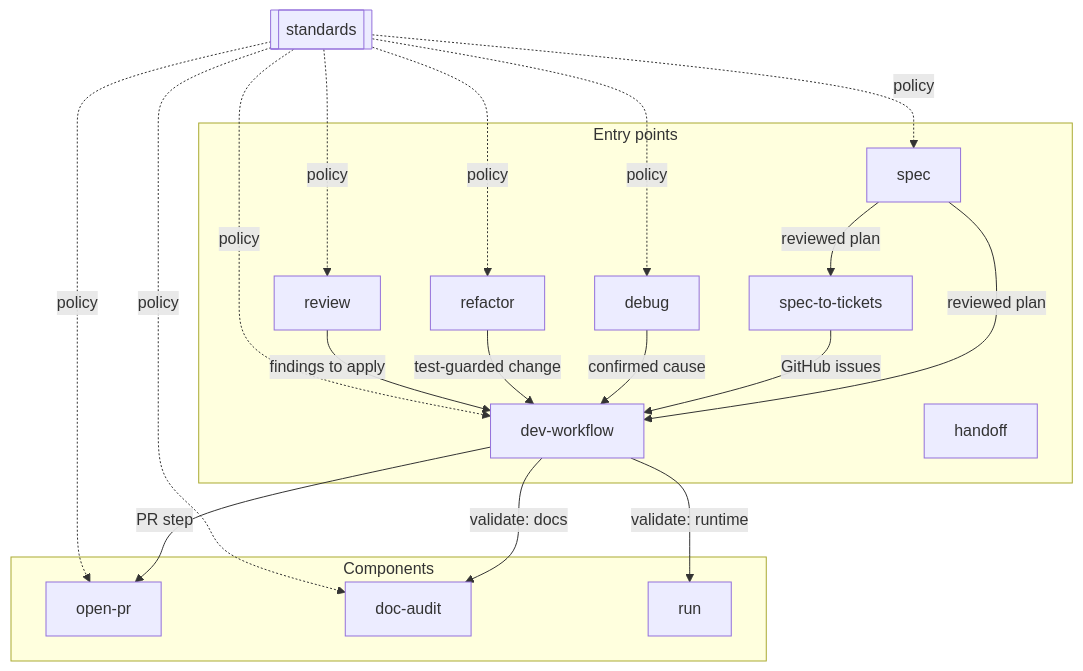
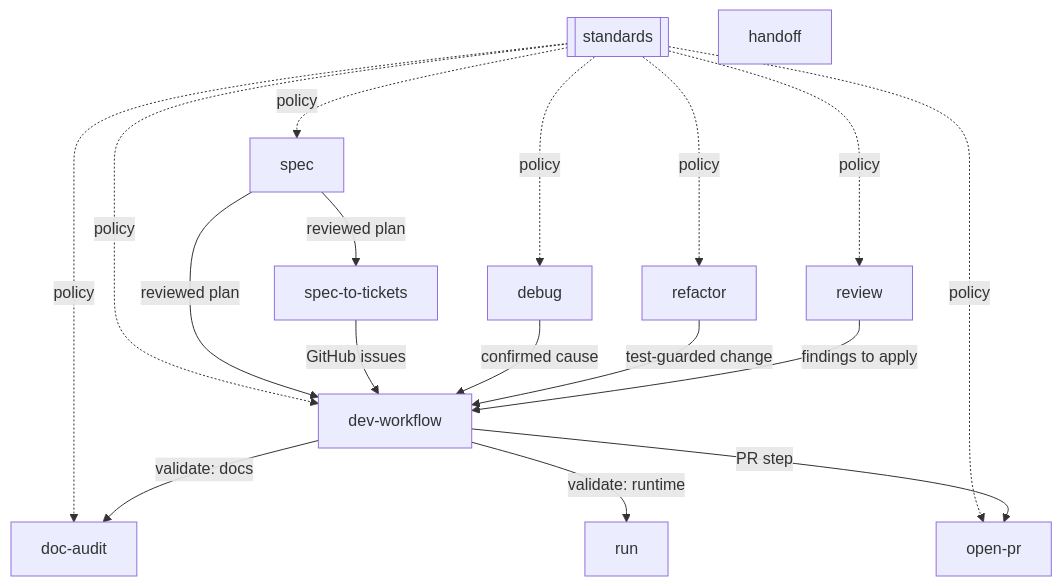
One commit to greerviau/skills changed the diagram in docs/engineering-skill-composition.md. Above: the diagram before and after it, drawn with Mermaid. The commit also changed other lines of this file, not shown here.

Commit message:
docs(composition): restructure the composition graph with the mermaid loop
Dogfoods the new skill on the graph's own diagram: drops the
subgraph boxes the layout checklist condemns and reorders the edges
to a zero-crossing layout. Adds mermaid's own row and composition
rule now that it's a component of the graph it's drawn in.

````diff
--- a/docs/engineering-skill-composition.md
+++ b/docs/engineering-skill-composition.md
@@ -8,39 +8,33 @@
 ```mermaid
 flowchart TD
-    subgraph entry[Entry points]
-        spec[spec]
-        debug[debug]
-        refactor[refactor]
-        devworkflow[dev-workflow]
-        review[review]
-        s2t[spec-to-tickets]
-        handoff[handoff]
-    end
+    standards[[standards]]
+    spec[spec]
+    debug[debug]
+    refactor[refactor]
+    review[review]
+    s2t[spec-to-tickets]
+    devworkflow[dev-workflow]
+    docaudit[doc-audit]
+    run[run]
+    openpr[open-pr]
+    handoff[handoff]
 
-    subgraph components[Components]
-        openpr[open-pr]
-        docaudit[doc-audit]
-        run[run]
-    end
-
-    standards[[standards]]
+    standards -.policy.-> spec
+    standards -.policy.-> debug
+    standards -.policy.-> refactor
+    standards -.policy.-> review
+    standards -.policy.-> devworkflow
+    standards -.policy.-> docaudit
+    standards -.policy.-> openpr
 
     spec -->|reviewed plan| s2t
     spec -->|reviewed plan| devworkflow
     s2t -->|GitHub issues| devworkflow
     debug -->|confirmed cause| devworkflow
     refactor -->|test-guarded change| devworkflow
     review -->|findings to apply| devworkflow
 
     devworkflow -->|validate: docs| docaudit
     devworkflow -->|validate: runtime| run
     devworkflow -->|PR step| openpr
-
-    standards -.policy.-> spec
-    standards -.policy.-> debug
-    standards -.policy.-> refactor
-    standards -.policy.-> devworkflow
-    standards -.policy.-> review
-    standards -.policy.-> docaudit
-    standards -.policy.-> openpr
 ```
````
